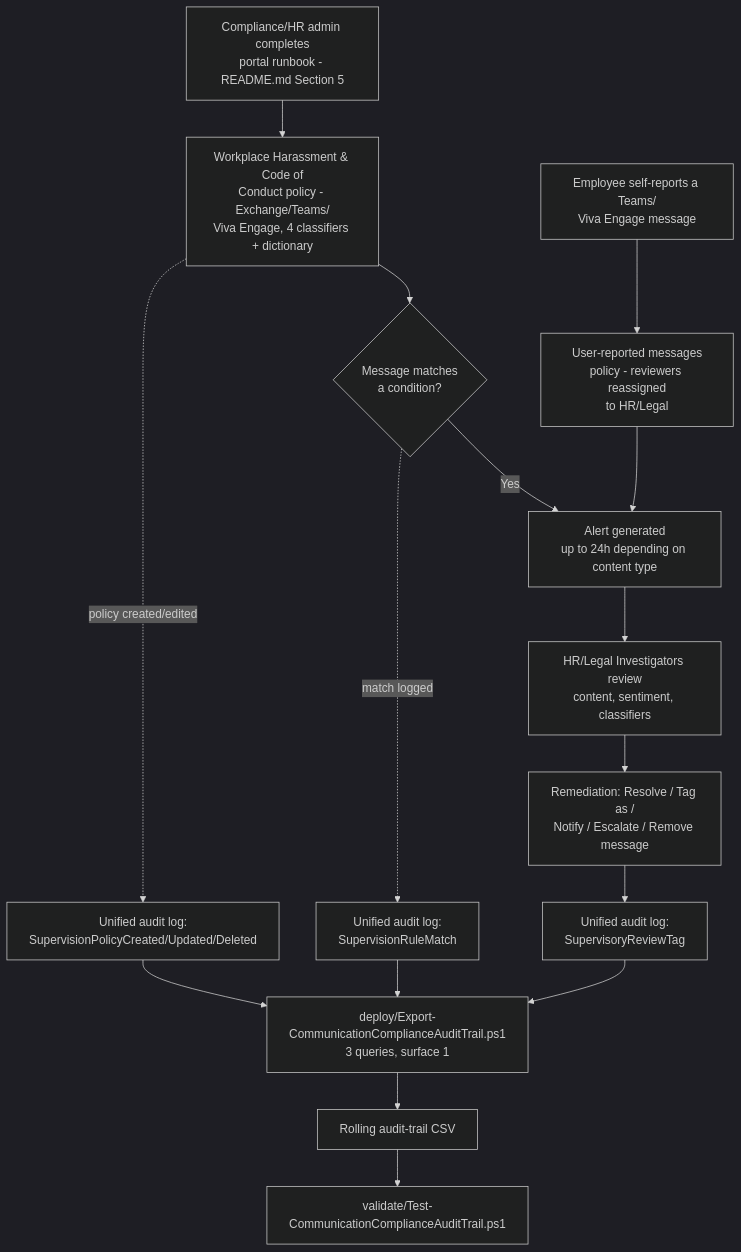
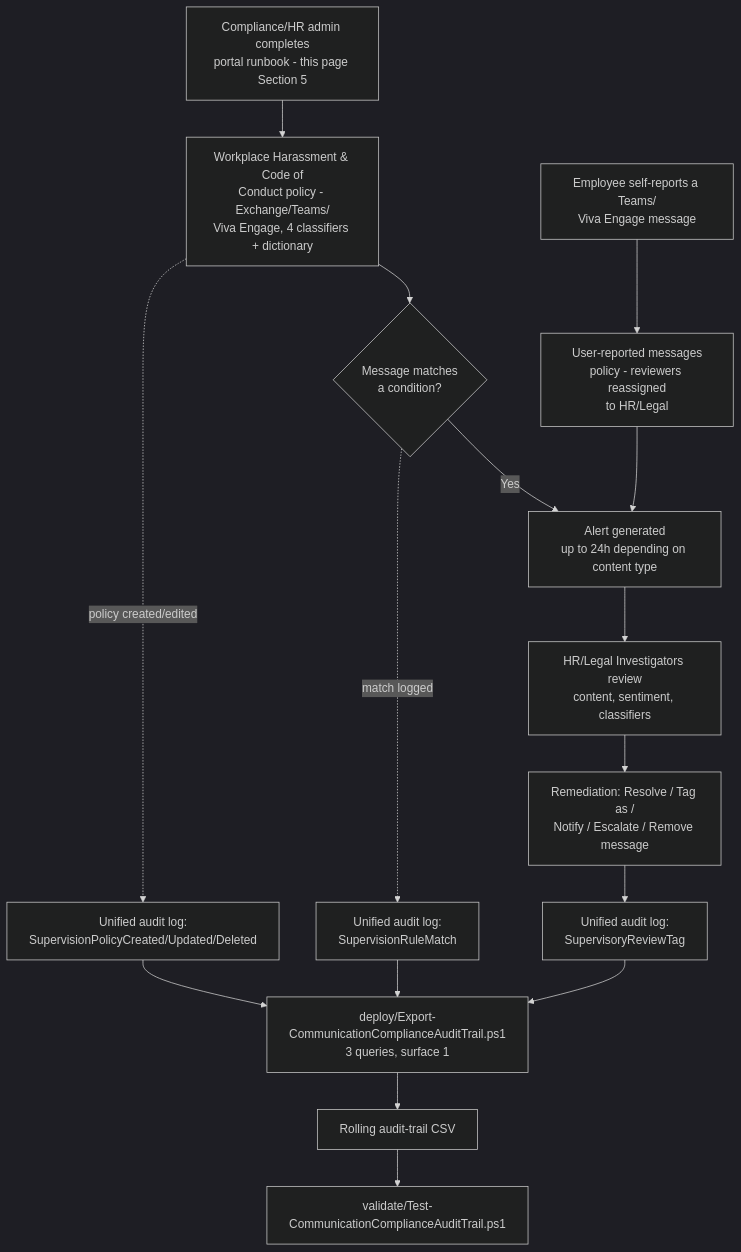
Before and after one commit to kpsec1/kpsec1.github.io: the diagram in src/content/scenarios/communication-compliance/harassment-and-code-of-conduct.design.md, drawn with Mermaid (dark theme). The commit also changed 269 other files, not shown here.

````diff
--- a/src/content/scenarios/communication-compliance/harassment-and-code-of-conduct.design.md
+++ b/src/content/scenarios/communication-compliance/harassment-and-code-of-conduct.design.md
@@ -190,18 +190,18 @@
 ```mermaid
 flowchart TD
-    A[Compliance/HR admin completes<br/>portal runbook - README.md Section 5] --> B["Workplace Harassment & Code of<br/>Conduct policy - Exchange/Teams/<br/>Viva Engage, 4 classifiers + dictionary"]
+    A[Compliance/HR admin completes<br/>portal runbook - this page Section 5] --> B["Workplace Harassment & Code of<br/>Conduct policy - Exchange/Teams/<br/>Viva Engage, 4 classifiers + dictionary"]
     U[Employee self-reports a Teams/<br/>Viva Engage message] --> V[User-reported messages<br/>policy - reviewers reassigned<br/>to HR/Legal]
     B --> C{Message matches<br/>a condition?}
     C -- Yes --> D[Alert generated<br/>up to 24h depending on content type]
     V --> D
     D --> E["HR/Legal Investigators review<br/>content, sentiment, classifiers"]
     E --> F["Remediation: Resolve / Tag as /<br/>Notify / Escalate / Remove message"]
     F --> G["Unified audit log:<br/>SupervisoryReviewTag"]
     B -.policy created/edited.-> H["Unified audit log:<br/>SupervisionPolicyCreated/Updated/Deleted"]
     C -.match logged.-> I["Unified audit log:<br/>SupervisionRuleMatch"]
     G --> J["deploy/Export-CommunicationComplianceAuditTrail.ps1<br/>3 queries, surface 1"]
     H --> J
     I --> J
     J --> K[Rolling audit-trail CSV]
     K --> L[validate/Test-CommunicationComplianceAuditTrail.ps1]
 ```
````
